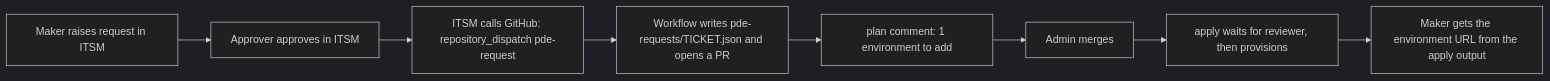
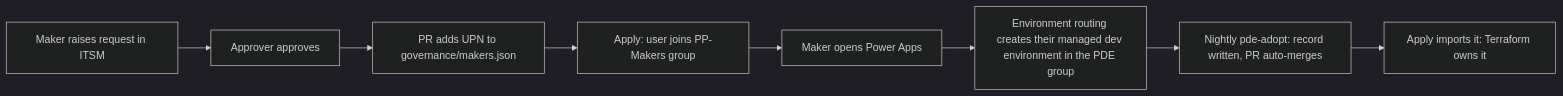
Before and after one commit to LowCodeRev/power-platform-terraform: the diagram in docs/pde-process.md, drawn with Mermaid (dark theme). The commit also changed other lines of this file and 16 other files, not shown here.

First line of the commit message:
PDE process: environment routing + nightly adoption instead of request intake

````diff
--- a/docs/pde-process.md
+++ b/docs/pde-process.md
@@ -8,10 +8,10 @@
 ```mermaid
 flowchart LR
-  A[Maker raises request in ITSM] --> B[Approver approves in ITSM]
-  B --> C[ITSM calls GitHub: repository_dispatch pde-request]
-  C --> D[Workflow writes pde-requests/TICKET.json and opens a PR]
-  D --> E[plan comment: 1 environment to add]
-  E --> F[Admin merges]
-  F --> G[apply waits for reviewer, then provisions]
-  G --> H[Maker gets the environment URL from the apply output]
+  A[Maker raises request in ITSM] --> B[Approver approves]
+  B --> C[PR adds UPN to governance/makers.json]
+  C --> D[Apply: user joins PP-Makers group]
+  D --> E[Maker opens Power Apps]
+  E --> F[Environment routing creates their managed dev environment in the PDE group]
+  F --> G[Nightly pde-adopt: record written, PR auto-merges]
+  G --> H[Apply imports it: Terraform owns it]
 ```
````
